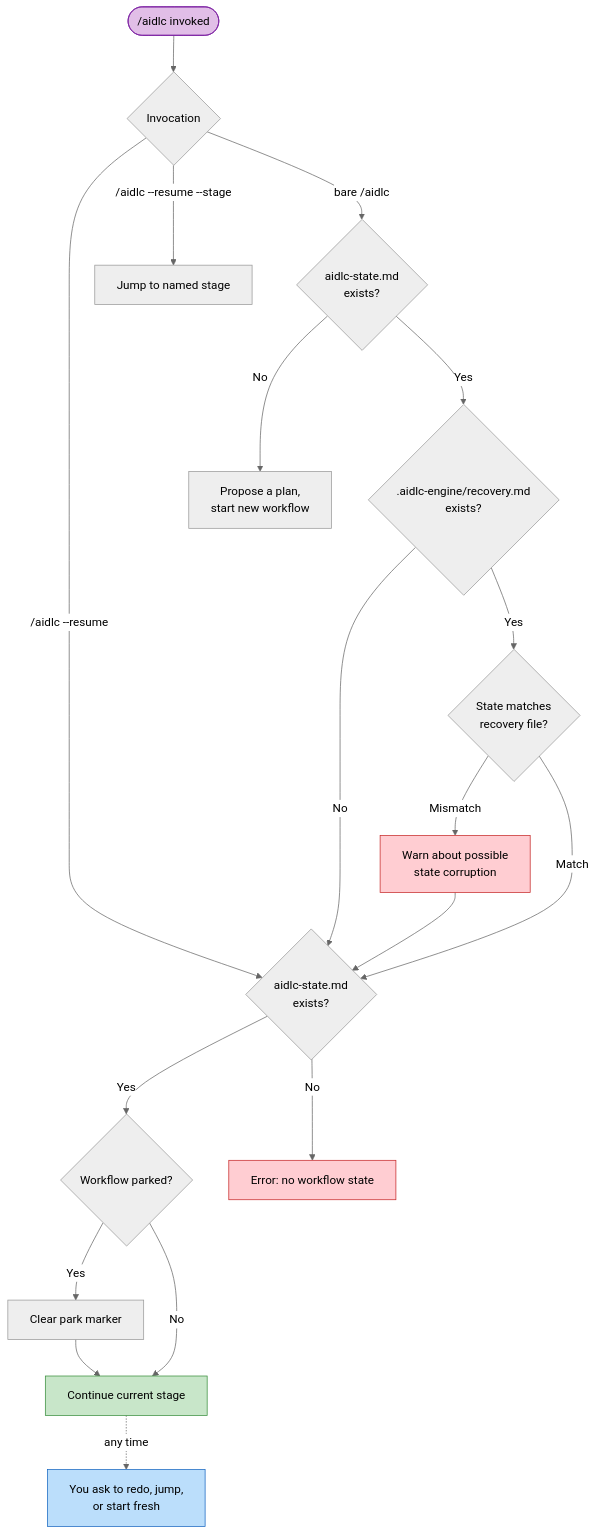
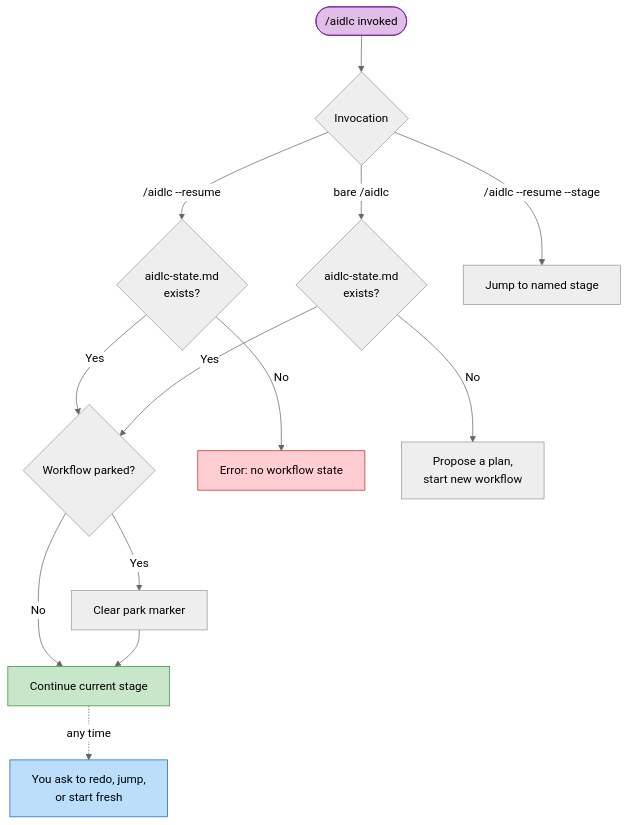
One commit to awslabs/aidlc-workflows changed the diagram in docs/guide/11-session-management.md. Above: the diagram before and after it, drawn with Mermaid (neutral theme). The commit also changed other lines of this file and 23 other files, not shown here.

````diff
--- a/docs/guide/11-session-management.md
+++ b/docs/guide/11-session-management.md
@@ -18,41 +18,32 @@
 ```mermaid
 flowchart TD
     START(["/aidlc invoked"])
     MODE{"Invocation"}
     STATE_EXISTS{"aidlc-state.md\nexists?"}
-    RECOVERY_CHECK{".aidlc-engine/recovery.md\nexists?"}
-    CORRUPTION{"State matches\nrecovery file?"}
-    WARN["Warn about possible\nstate corruption"]
     RESUME_STATE{"aidlc-state.md\nexists?"}
     PARKED{"Workflow parked?"}
     UNPARK["Clear park marker"]
     CONTINUE["Continue current stage"]
     OTHER["You ask to redo, jump,\nor start fresh"]
     JUMP["Jump to named stage"]
     NO_STATE["Error: no workflow state"]
     SCOPE_DETECT["Propose a plan,\nstart new workflow"]
 
     START --> MODE
     MODE -->|"bare /aidlc"| STATE_EXISTS
     MODE -->|"/aidlc --resume"| RESUME_STATE
     MODE -->|"/aidlc --resume --stage"| JUMP
-    STATE_EXISTS -->|Yes| RECOVERY_CHECK
+    STATE_EXISTS -->|Yes| PARKED
     STATE_EXISTS -->|No| SCOPE_DETECT
-
-    RECOVERY_CHECK -->|Yes| CORRUPTION
-    RECOVERY_CHECK -->|No| RESUME_STATE
-    CORRUPTION -->|Mismatch| WARN --> RESUME_STATE
-    CORRUPTION -->|Match| RESUME_STATE
 
     RESUME_STATE -->|No| NO_STATE
     RESUME_STATE -->|Yes| PARKED
     PARKED -->|Yes| UNPARK --> CONTINUE
     PARKED -->|No| CONTINUE
     CONTINUE -.->|"any time"| OTHER
 
     style START fill:#e1bee7,stroke:#7b1fa2,color:#000
     style OTHER fill:#bbdefb,stroke:#1565c0,color:#000
     style CONTINUE fill:#c8e6c9,stroke:#388e3c,color:#000
-    style WARN fill:#ffcdd2,stroke:#c62828,color:#000
     style NO_STATE fill:#ffcdd2,stroke:#c62828,color:#000
 ```
````
